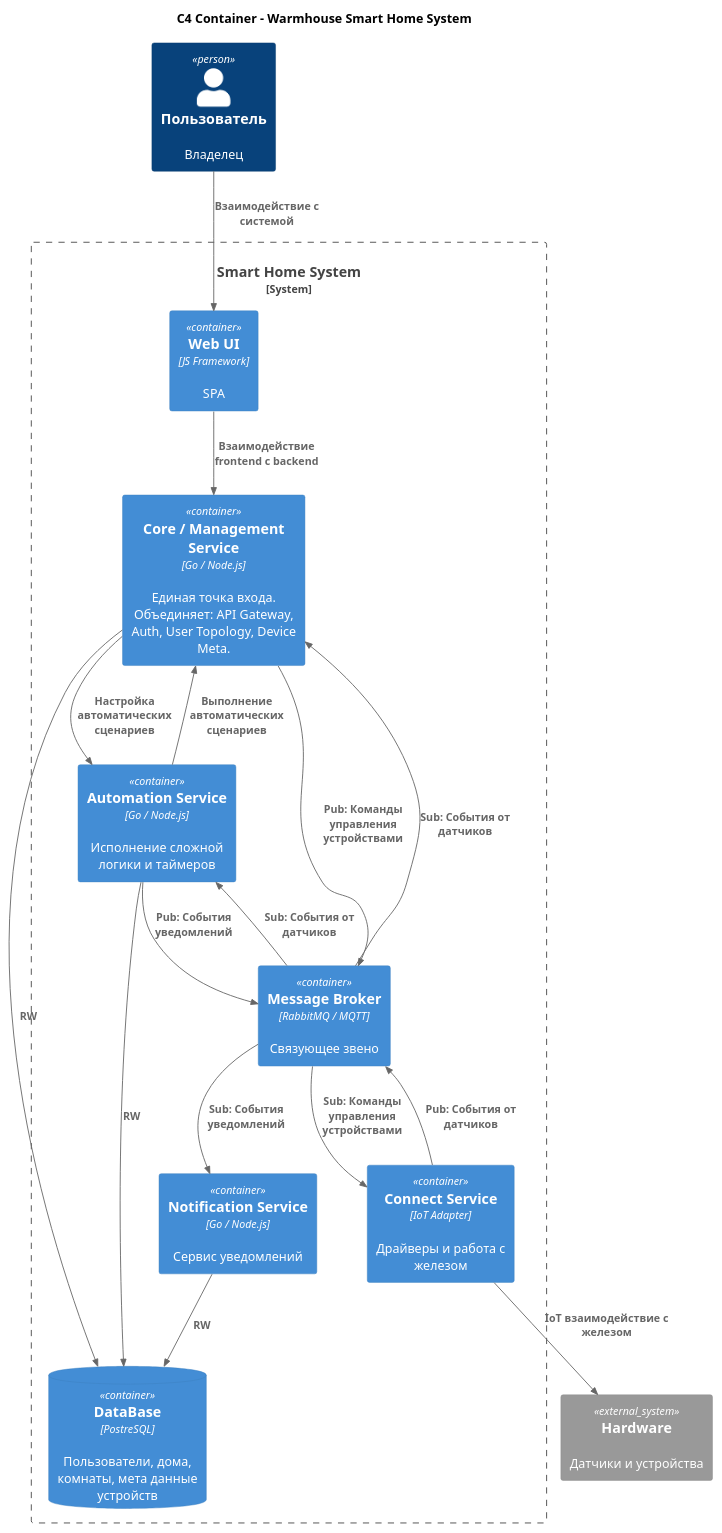
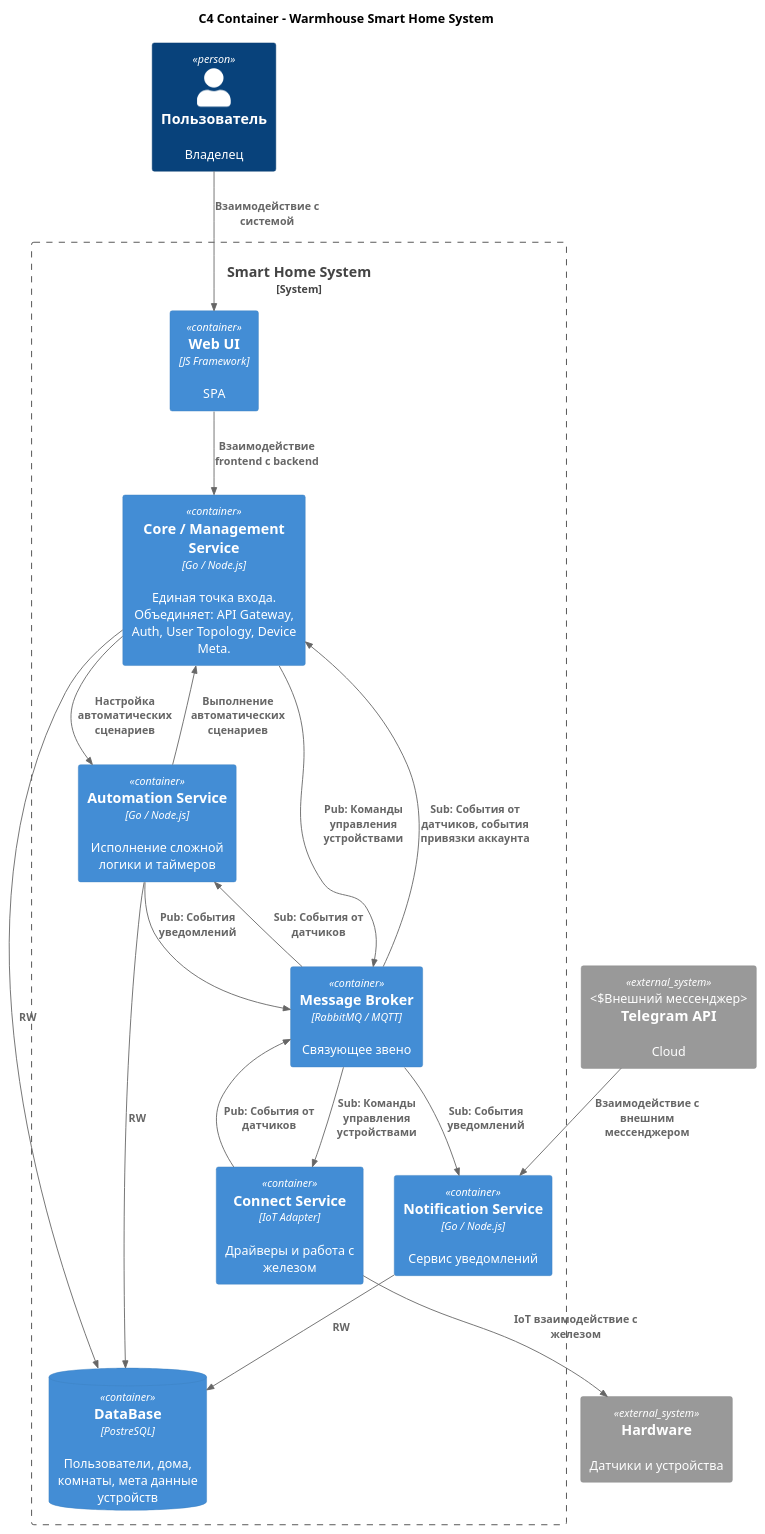
The diagram in architecture-warmhouse/apps/diagrams/Container.puml (kalancha/architecture-course), drawn with PlantUML before and after one commit. The commit also changed 3 other files, not shown here.

```diff
--- a/architecture-warmhouse/apps/diagrams/Container.puml
+++ b/architecture-warmhouse/apps/diagrams/Container.puml
@@ -1,46 +1,51 @@
 @startuml
 !include https://raw.githubusercontent.com/plantuml-stdlib/C4-PlantUML/master/C4_Container.puml
 
 title C4 Container - Warmhouse Smart Home System
 
 Person(user, "Пользователь", "Владелец")
 
 System_Boundary(smart_home, "Smart Home System") {
 
     Container(web_app, "Web UI", "JS Framework", "SPA")
 
     Container(core_service, "Core / Management Service", "Go / Node.js", "Единая точка входа.\nОбъединяет: API Gateway, Auth, User Topology, Device Meta.")
 
     Container(automation_service, "Automation Service", "Go / Node.js", "Исполнение сложной логики и таймеров")
 
     Container(connect_layer, "Connect Service", "IoT Adapter", "Драйверы и работа с железом")
 
     Container(notification_service, "Notification Service", "Go / Node.js", "Сервис уведомлений")
     ContainerDb(db_core, "DataBase", "PostreSQL", "Пользователи, дома, комнаты, мета данные устройств")
 
     Container(broker, "Message Broker", "RabbitMQ / MQTT", "Связующее звено")
 }
 
+
+System_Ext(telegram_api, "Telegram API", "Cloud", "Внешний мессенджер")
 System_Ext(devices, "Hardware", "Датчики и устройства")
+
+Rel(telegram_api, notification_service, "Взаимодействие с внешним мессенджером")
 
 Rel(user, web_app, "Взаимодействие с системой")
 Rel(web_app, core_service, "Взаимодействие frontend с backend")
 
 ' Core interactions
 Rel(core_service, db_core, "RW")
 Rel(automation_service, db_core,"RW")
 Rel(core_service, broker, "Pub: Команды управления устройствами")
-Rel(broker, core_service, "Sub: События от датчиков")
+Rel(broker, core_service, "Sub: События от датчиков, события привязки аккаунта")
 Rel(broker, connect_layer, "Sub: Команды управления устройствами")
 Rel(connect_layer, broker, "Pub: События от датчиков")
 
 Rel(automation_service, core_service, "Выполнение автоматических сценариев")
 Rel(core_service, automation_service, "Настройка автоматических сценариев")
+
 
 Rel(broker, notification_service, "Sub: События уведомлений")
 Rel(broker, automation_service, "Sub: События от датчиков")
 Rel(automation_service, broker, "Pub: События уведомлений")
 Rel(notification_service, db_core, "RW")
 Rel(connect_layer, devices, "IoT взаимодействие с железом")
 
 @enduml
```
